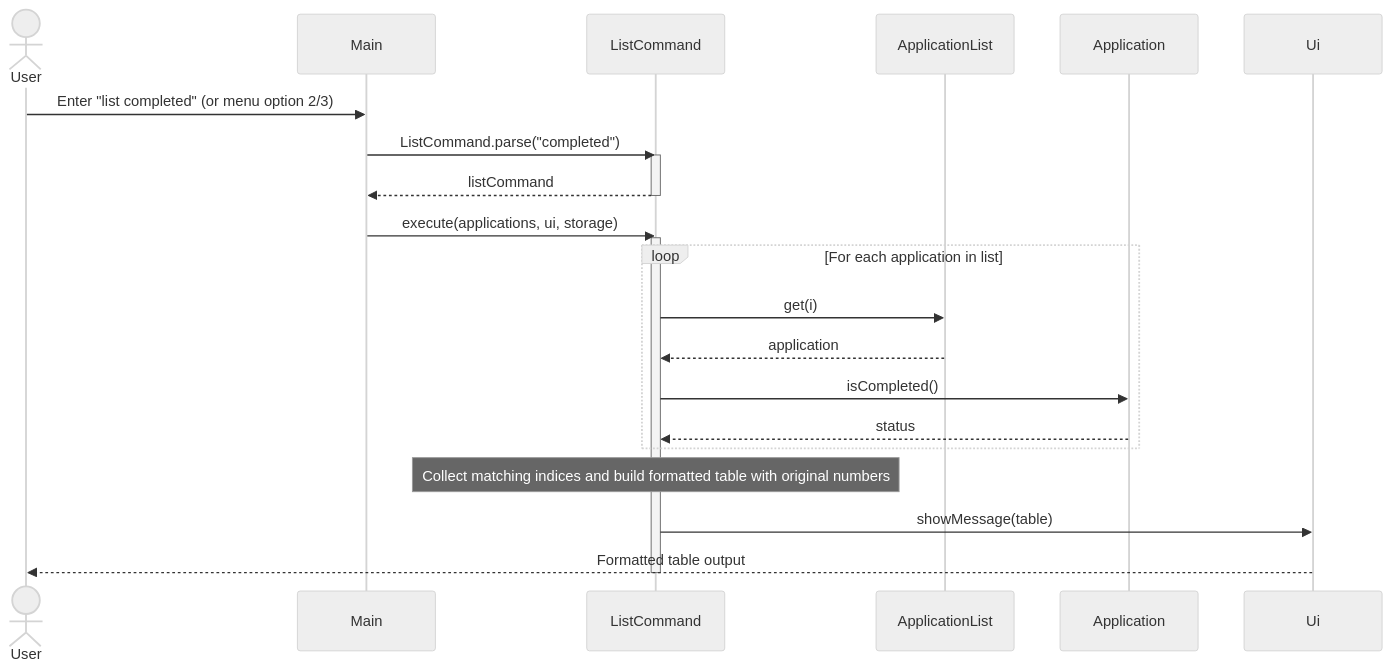
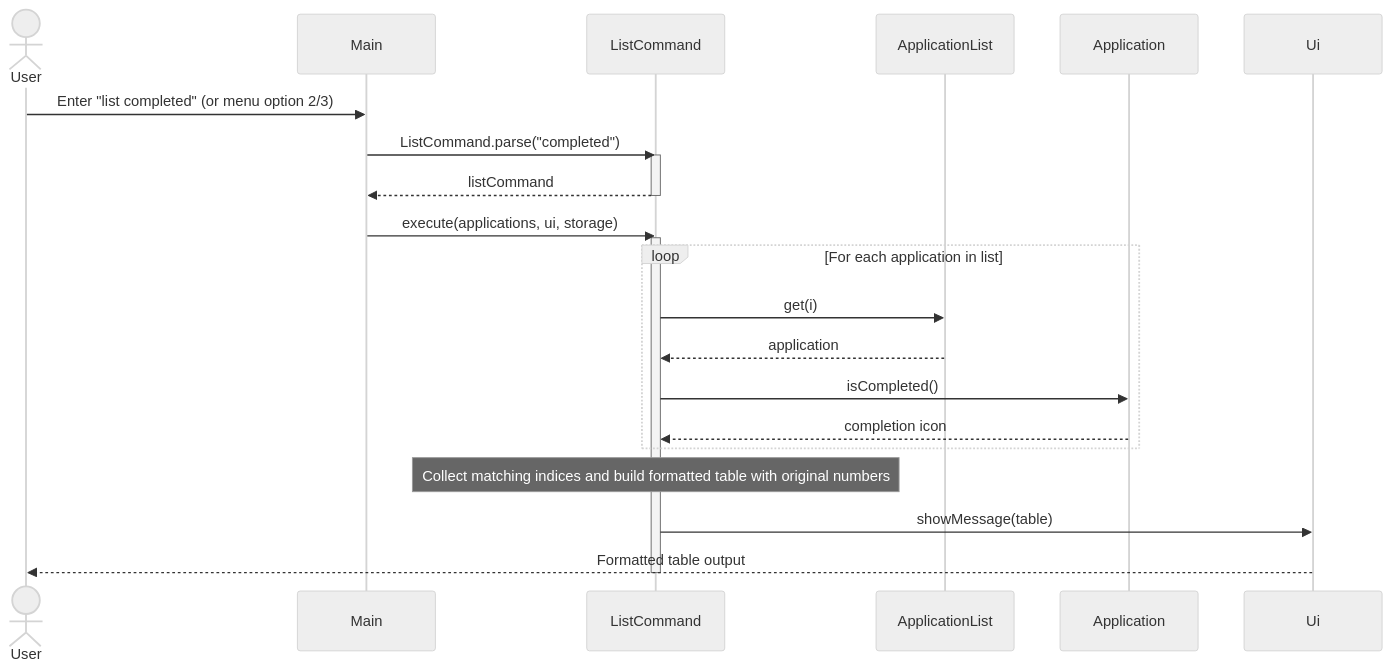
The fourth of 12 diagrams in docs/DeveloperGuide.md (AY2627S1-CS2113-T10-2/tp), drawn with Mermaid (neutral theme) before and after one commit. The commit also changed other lines of this file and 23 other files, not shown here.

````diff
--- a/docs/DeveloperGuide.md
+++ b/docs/DeveloperGuide.md
@@ -231,26 +230,26 @@
 ```mermaid
 sequenceDiagram
     actor User
     participant Main
     participant ListCommand
     participant ApplicationList
     participant Application
     participant Ui
     User->>Main: Enter "list completed" (or menu option 2/3)
     Main->>ListCommand: ListCommand.parse("completed")
     activate ListCommand
     ListCommand-->>Main: listCommand
     deactivate ListCommand
     Main->>ListCommand: execute(applications, ui, storage)
     activate ListCommand
     loop For each application in list
         ListCommand->>ApplicationList: get(i)
         ApplicationList-->>ListCommand: application
         ListCommand->>Application: isCompleted()
-        Application-->>ListCommand: status
+        Application-->>ListCommand: completion icon
     end
     Note over ListCommand: Collect matching indices and build formatted table with original numbers
     ListCommand->>Ui: showMessage(table)
     Ui-->>User: Formatted table output
     deactivate ListCommand
 ```
````
